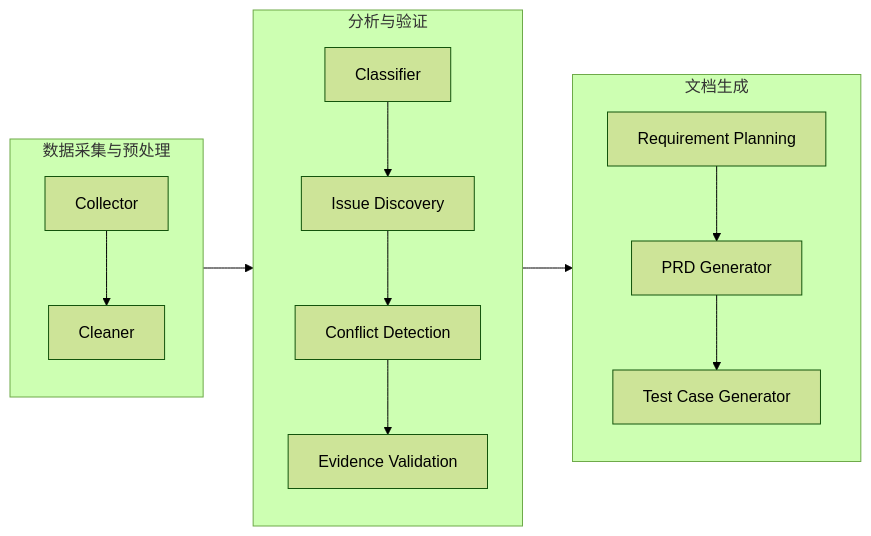
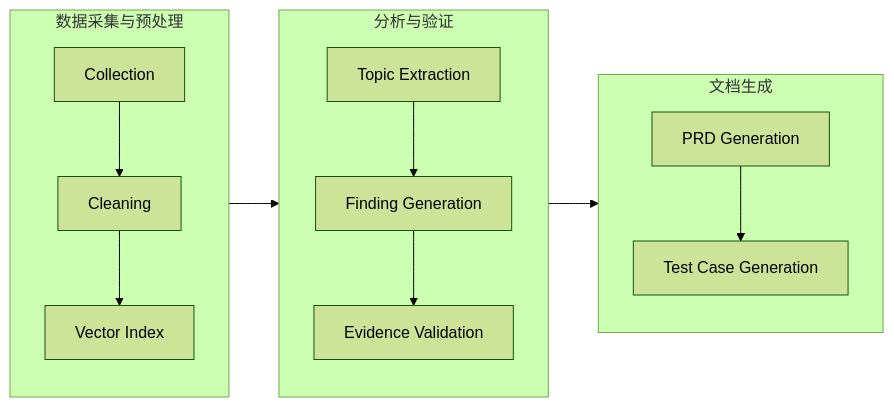
One commit to yanlinchen666/AppStore_The-entire-product-process changed the fifth of 8 diagrams in AppStore_vc/Project Documents/产品文档.md. Above: the diagram before and after it, drawn with Mermaid (forest theme). The commit also changed other lines of this file and 49 other files, not shown here.

````diff
--- a/AppStore_vc/Project Documents/产品文档.md
+++ b/AppStore_vc/Project Documents/产品文档.md
@@ -401,19 +441,16 @@
 ```mermaid
 flowchart LR
     subgraph Phase1["数据采集与预处理"]
-        A1["Collector"] --> A2["Cleaner"]
+        A1["Collection"] --> A2["Cleaning"] --> A3["Vector Index"]
     end
     
     subgraph Phase2["分析与验证"]
-        B1["Classifier"] --> B2["Issue Discovery"]
-        B2 --> B3["Conflict Detection"]
-        B3 --> B4["Evidence Validation"]
+        B1["Topic Extraction"] --> B2["Finding Generation"] --> B3["Evidence Validation"]
     end
     
     subgraph Phase3["文档生成"]
-        C1["Requirement Planning"] --> C2["PRD Generator"]
-        C2 --> C3["Test Case Generator"]
+        C1["PRD Generation"] --> C2["Test Case Generation"]
     end
     
     Phase1 --> Phase2 --> Phase3
 ```
````
